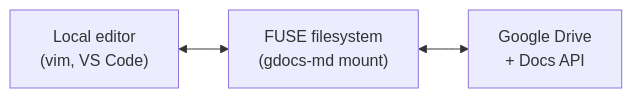
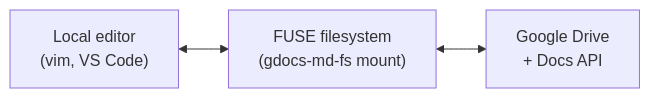
One commit to sandgardenhq/gdocs-md-fs changed the diagram in README.md. Above: the diagram before and after it, drawn with Mermaid. The commit also changed other lines of this file and 19 other files, not shown here.

````diff
--- a/README.md
+++ b/README.md
@@ -11,4 +13,4 @@
 ```mermaid
 flowchart LR
-    A["Local editor<br/>(vim, VS Code)"] <--> B["FUSE filesystem<br/>(gdocs-md mount)"] <--> C["Google Drive<br/>+ Docs API"]
+    A["Local editor<br/>(vim, VS Code)"] <--> B["FUSE filesystem<br/>(gdocs-md-fs mount)"] <--> C["Google Drive<br/>+ Docs API"]
 ```
````
